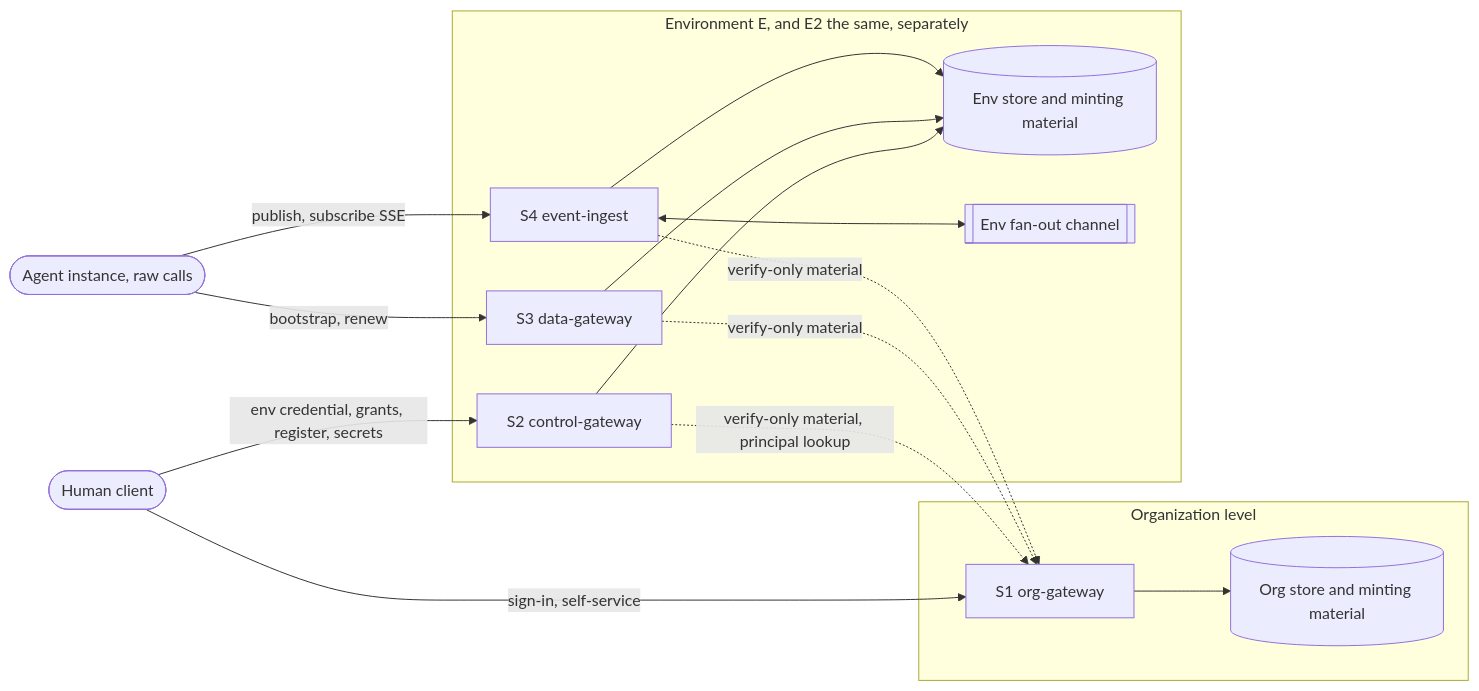
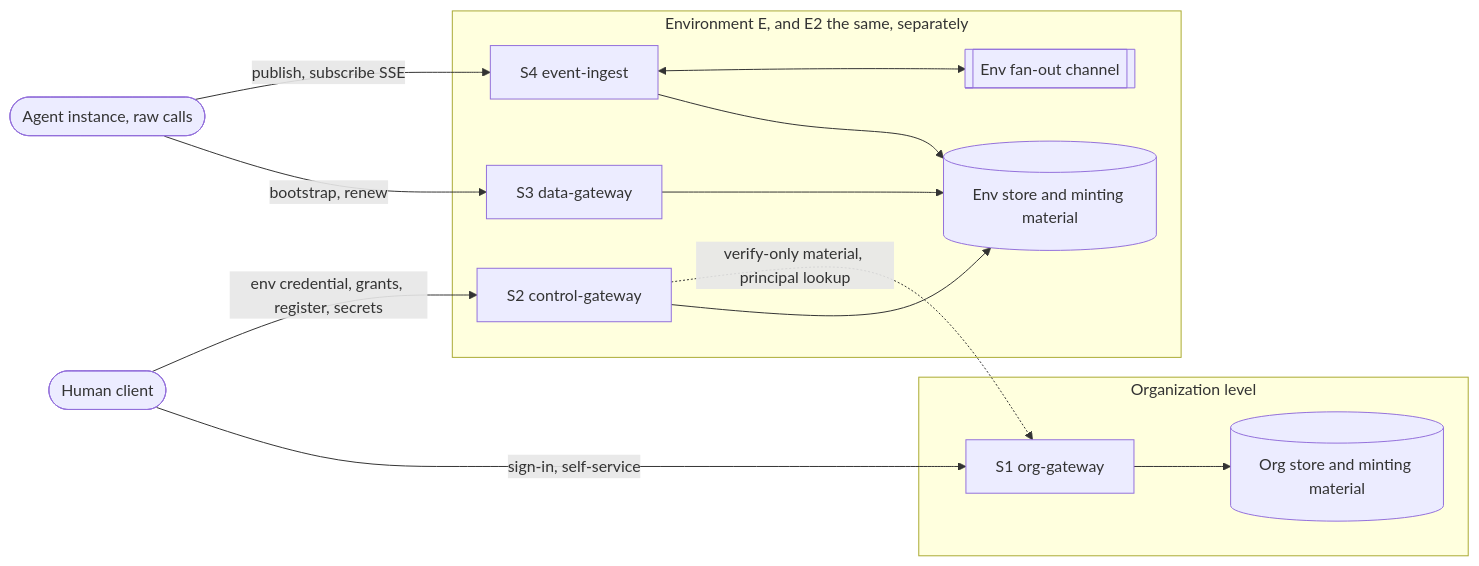
Before and after one commit to soorma-ai/soorma-core: the diagram in aidlc-docs/platform/m1-walking-skeleton/inception/application-design/component-dependency.md, drawn with Mermaid. The commit also changed other lines of this file and 7 other files, not shown here.

First line of the commit message:
aidlc: GAP-INT-008 raised as soorma-prd#27; data plane independent of org level; Delivery schema

````diff
--- a/aidlc-docs/platform/m1-walking-skeleton/inception/application-design/component-dependency.md
+++ b/aidlc-docs/platform/m1-walking-skeleton/inception/application-design/component-dependency.md
@@ -48,31 +51,29 @@
 ```mermaid
 flowchart LR
     Human(["Human client"])
     Agent(["Agent instance, raw calls"])
 
     subgraph ORG["Organization level"]
         S1["S1 org-gateway"]
         OrgStore[("Org store and minting material")]
     end
 
     subgraph ENV["Environment E, and E2 the same, separately"]
         S2["S2 control-gateway"]
         S3["S3 data-gateway"]
         S4["S4 event-ingest"]
         EnvStore[("Env store and minting material")]
         Fan[["Env fan-out channel"]]
     end
 
     Human -->|"sign-in, self-service"| S1
     Human -->|"env credential, grants, register, secrets"| S2
     Agent -->|"bootstrap, renew"| S3
     Agent -->|"publish, subscribe SSE"| S4
     S1 --> OrgStore
     S2 --> EnvStore
     S3 --> EnvStore
     S4 --> EnvStore
     S4 <--> Fan
     S2 -.->|"verify-only material, principal lookup"| S1
-    S3 -.->|"verify-only material"| S1
-    S4 -.->|"verify-only material"| S1
 ```
````
